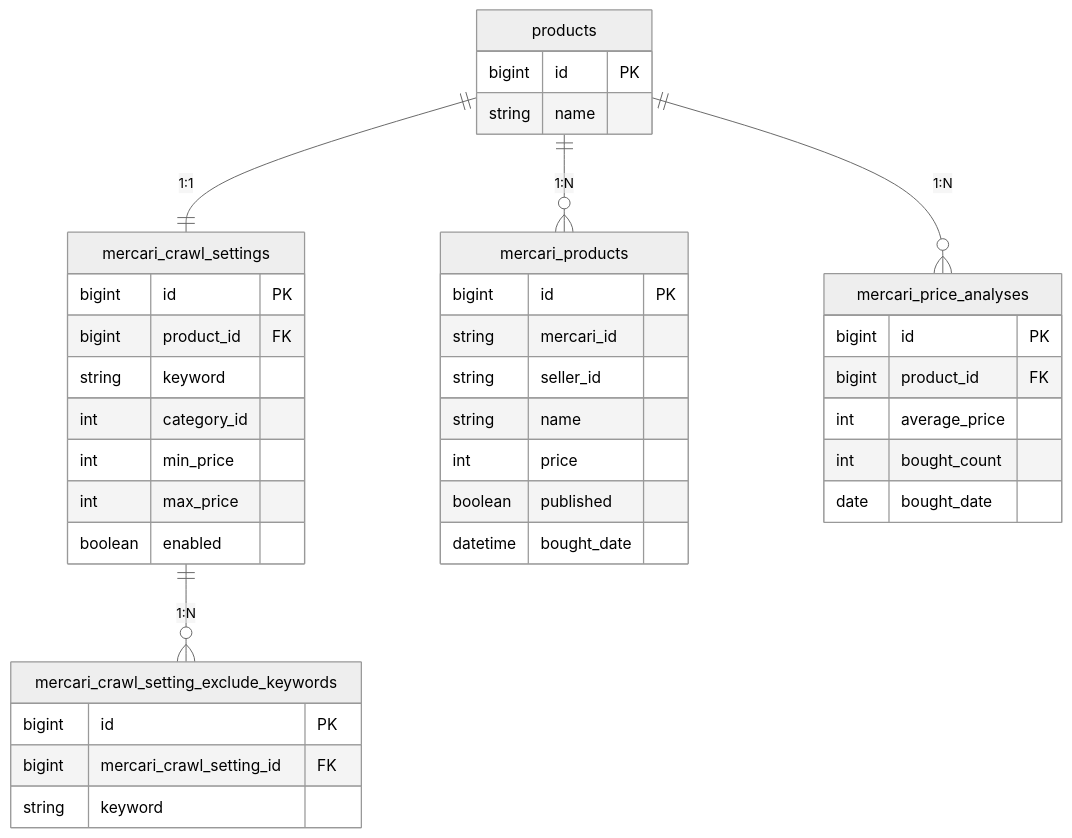
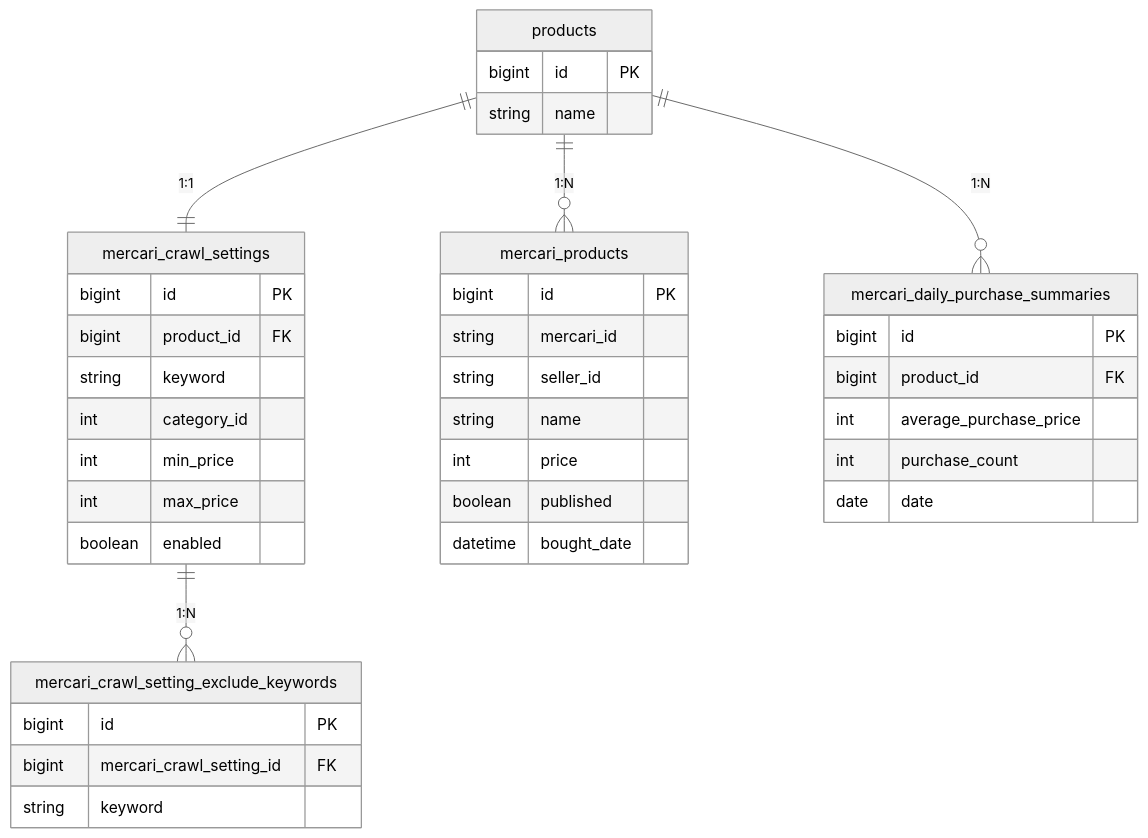
The third of 4 diagrams in README.md (kuroweb/price-monitoring), drawn with Mermaid (neutral theme) before and after one commit. The commit also changed other lines of this file, not shown here.

````diff
--- a/README.md
+++ b/README.md
@@ -123,42 +123,42 @@
 ```mermaid
 erDiagram
   products {
     bigint id PK
     string name
   }
   mercari_crawl_settings {
     bigint id PK
     bigint product_id FK
     string keyword
     int category_id
     int min_price
     int max_price
     boolean enabled
   }
   mercari_crawl_setting_exclude_keywords {
     bigint id PK
     bigint mercari_crawl_setting_id FK
     string keyword
   }
   mercari_products {
     bigint id PK
     string mercari_id
     string seller_id
     string name
     int price
     boolean published
     datetime bought_date
   }
-  mercari_price_analyses {
+  mercari_daily_purchase_summaries {
     bigint id PK
     bigint product_id FK
-    int average_price
-    int bought_count
-    date bought_date
+    int average_purchase_price
+    int purchase_count
+    date date
   }
 
   products ||--|| mercari_crawl_settings : "1:1"
   mercari_crawl_settings ||--o{ mercari_crawl_setting_exclude_keywords : "1:N"
   products ||--o{ mercari_products : "1:N"
-  products ||--o{ mercari_price_analyses : "1:N"
+  products ||--o{ mercari_daily_purchase_summaries : "1:N"
 ```
````
